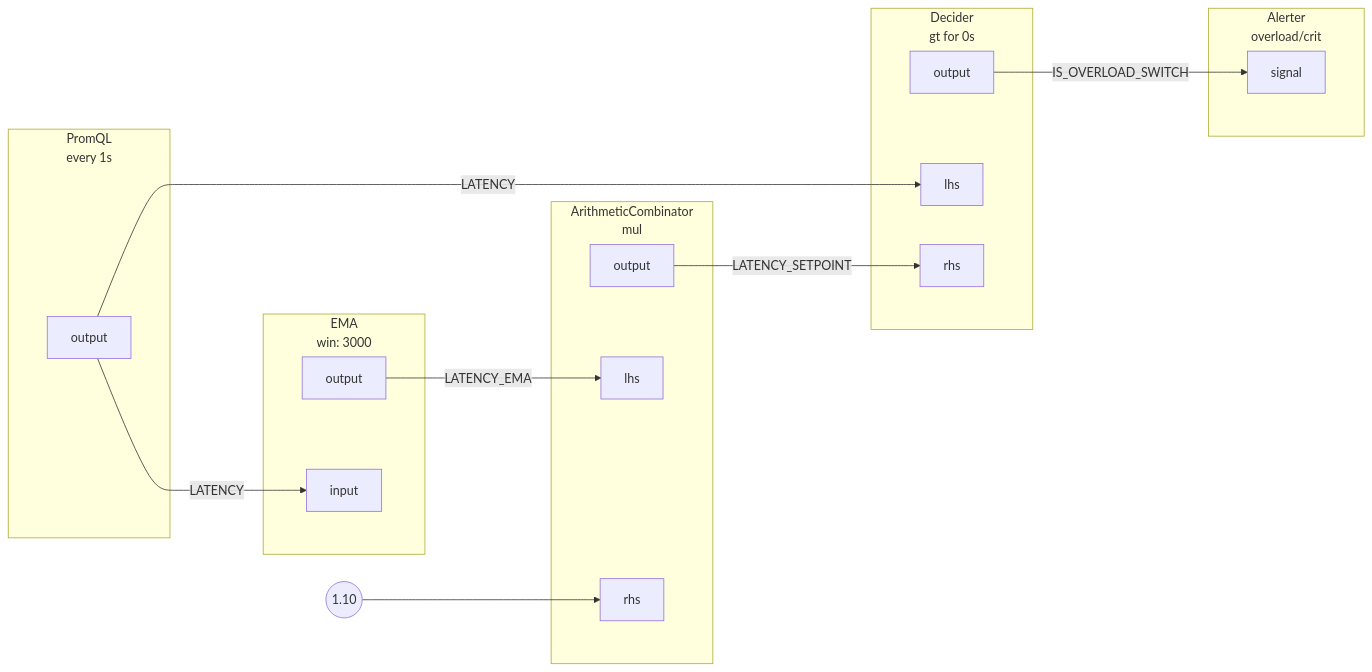
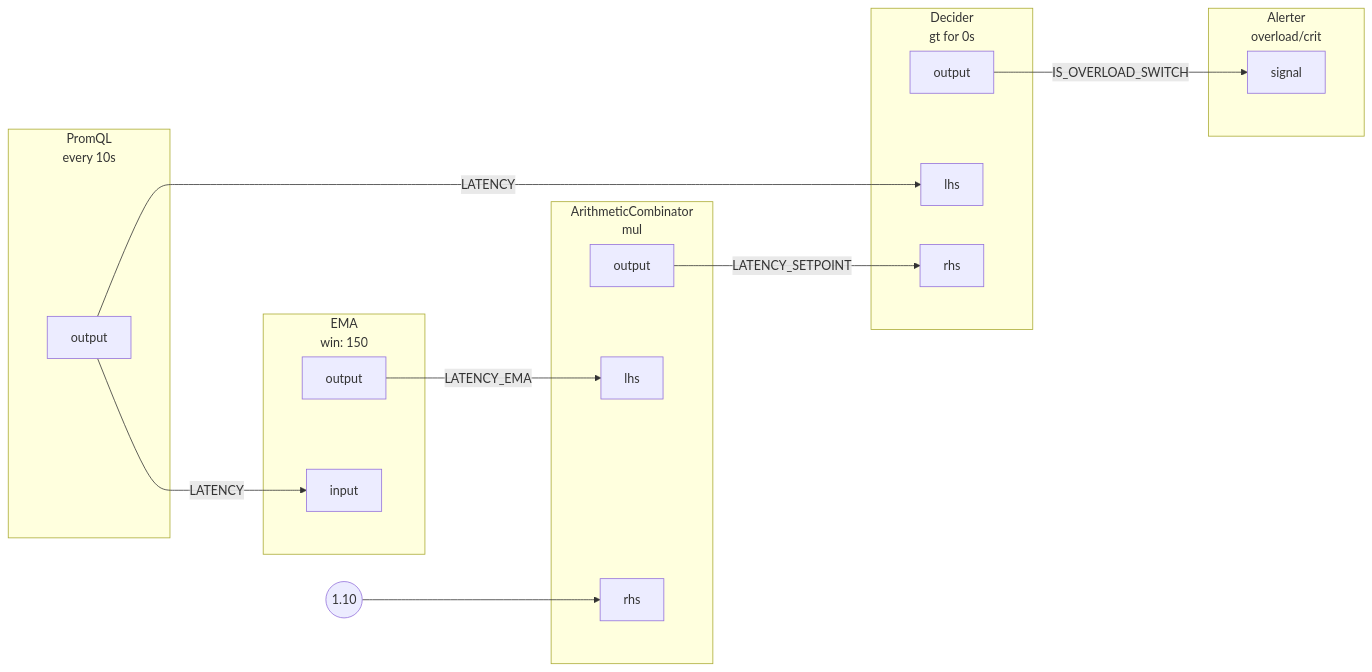
One commit to dataongunlaws/aperture changed the diagram in docs/content/use-cases/alerting/assets/detecting-overload/detecting-overload.mmd. Above: the diagram before and after it, drawn with Mermaid. The commit also changed 116 other files, not shown here.

```diff
--- a/docs/content/use-cases/alerting/assets/detecting-overload/detecting-overload.mmd
+++ b/docs/content/use-cases/alerting/assets/detecting-overload/detecting-overload.mmd
@@ -1,52 +1,52 @@
 flowchart LR
-subgraph root.0[<center>PromQL<br/>every 1s</center>]
+subgraph root.0[<center>PromQL<br/>every 10s</center>]
 subgraph root.0_outports[ ]
 style root.0_outports fill:none,stroke:none
 root.0output[output]
 end
 end
-subgraph root.1[<center>EMA<br/>win: 3000</center>]
+subgraph root.1[<center>EMA<br/>win: 150</center>]
 subgraph root.1_inports[ ]
 style root.1_inports fill:none,stroke:none
 root.1input[input]
 end
 subgraph root.1_outports[ ]
 style root.1_outports fill:none,stroke:none
 root.1output[output]
 end
 end
 subgraph root.2[<center>ArithmeticCombinator<br/>mul</center>]
 subgraph root.2_inports[ ]
 style root.2_inports fill:none,stroke:none
 root.2lhs[lhs]
 root.2rhs[rhs]
 end
 subgraph root.2_outports[ ]
 style root.2_outports fill:none,stroke:none
 root.2output[output]
 end
 end
 root.2_rhs_FakeConstantout((1.10))
 subgraph root.3[<center>Decider<br/>gt for 0s</center>]
 subgraph root.3_inports[ ]
 style root.3_inports fill:none,stroke:none
 root.3lhs[lhs]
 root.3rhs[rhs]
 end
 subgraph root.3_outports[ ]
 style root.3_outports fill:none,stroke:none
 root.3output[output]
 end
 end
 subgraph root.4[<center>Alerter<br/>overload/crit</center>]
 subgraph root.4_inports[ ]
 style root.4_inports fill:none,stroke:none
 root.4signal[signal]
 end
 end
 root.0output --> |LATENCY| root.1input
 root.0output --> |LATENCY| root.3lhs
 root.1output --> |LATENCY_EMA| root.2lhs
 root.2output --> |LATENCY_SETPOINT| root.3rhs
 root.2_rhs_FakeConstantout --> root.2rhs
 root.3output --> |IS_OVERLOAD_SWITCH| root.4signal
```
